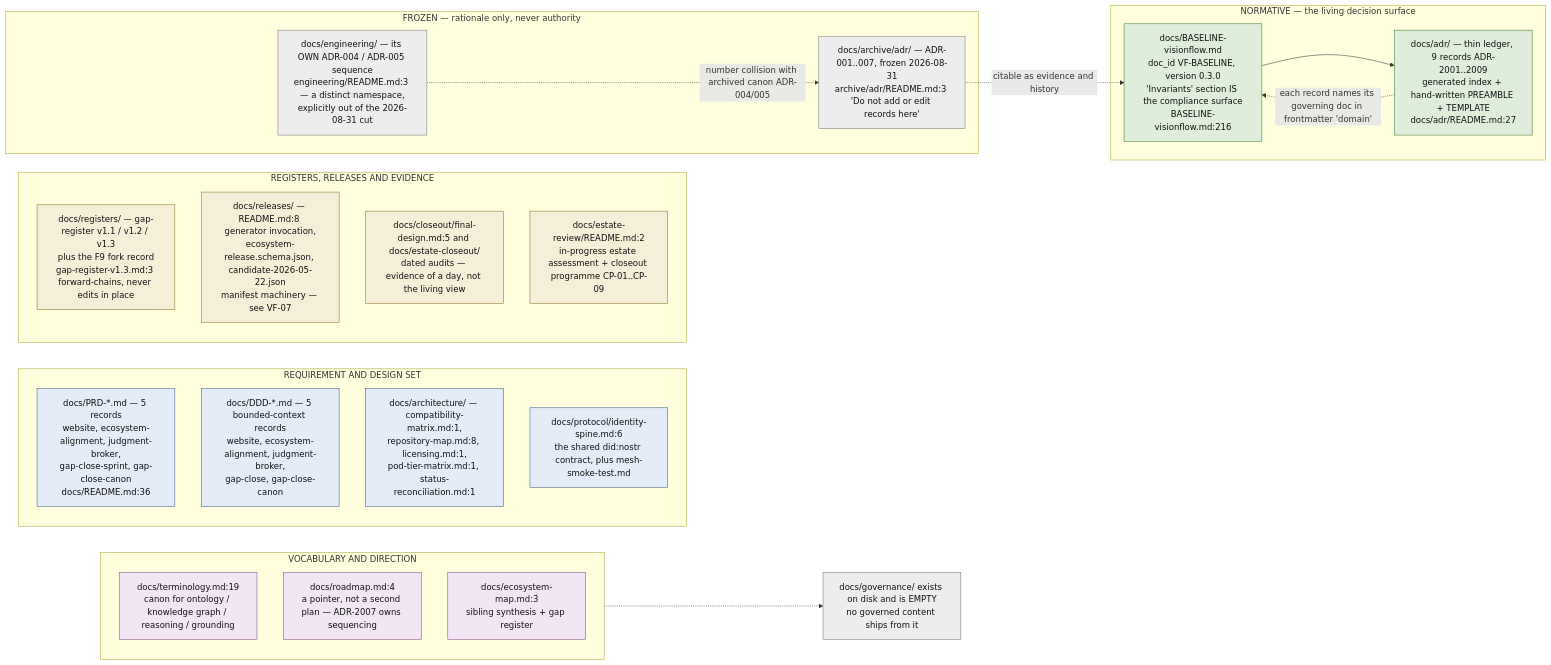
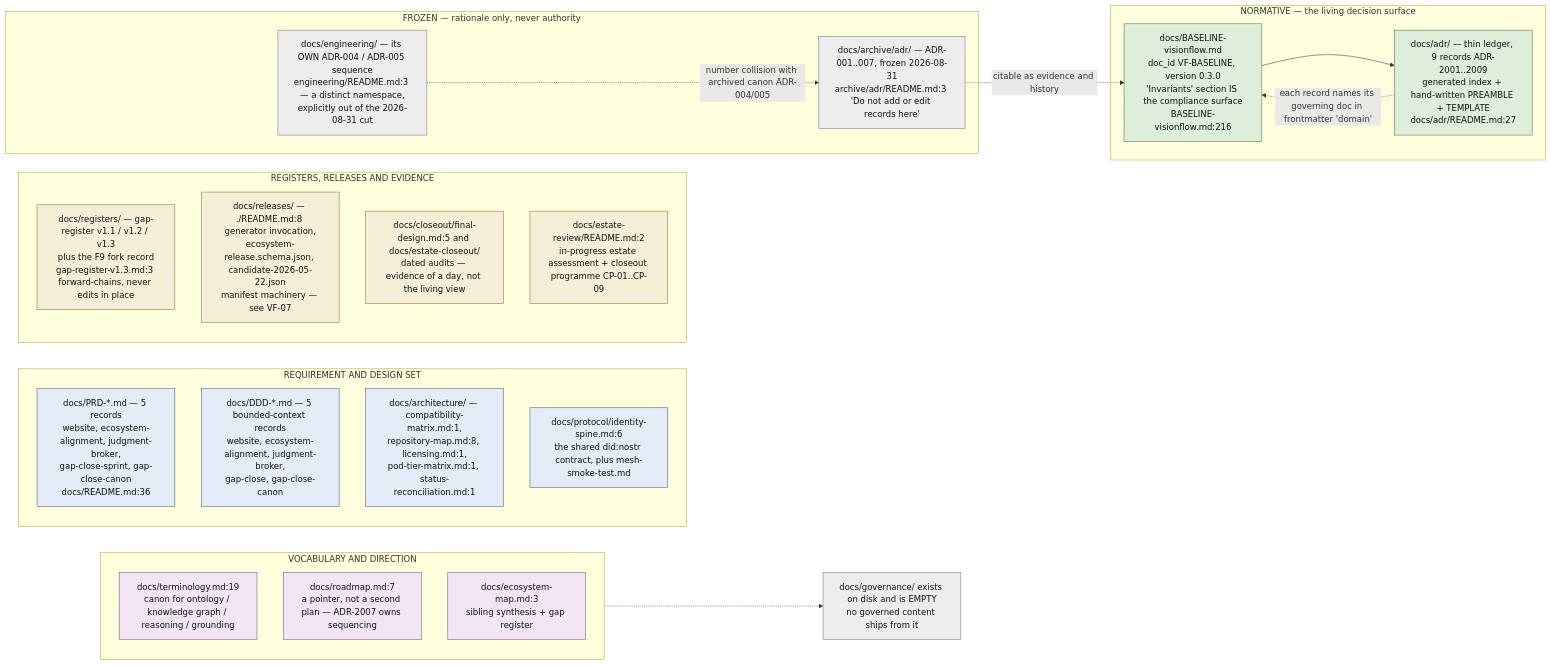
Before and after one commit to DreamLab-AI/VisionFlow: the second of 12 diagrams in docs/diagrams/visionflow/01-repo-composition-and-canon.md, drawn with Mermaid. The commit also changed other lines of this file and 185 other files, not shown here.

Commit message:
docs(estate): reconcile diagrams and ADRs with source and define closeout sprint

````diff
--- a/docs/diagrams/visionflow/01-repo-composition-and-canon.md
+++ b/docs/diagrams/visionflow/01-repo-composition-and-canon.md
@@ -78,45 +78,45 @@
 ```mermaid
 flowchart LR
     classDef norm fill:#dfeeda,stroke:#3f7a2f,color:#111
     classDef spec fill:#e4ecf8,stroke:#3a5a8a,color:#111
     classDef reg fill:#f6efd8,stroke:#8a7020,color:#111
     classDef frozen fill:#ededed,stroke:#777,color:#111
     classDef other fill:#f2e6f5,stroke:#7a4a8a,color:#111
 
     subgraph LIVING["NORMATIVE — the living decision surface"]
         BASE["docs/BASELINE-visionflow.md<br/>doc_id VF-BASELINE, version 0.3.0<br/>'Invariants' section IS the compliance surface<br/>BASELINE-visionflow.md:216"]:::norm
         LED["docs/adr/ — thin ledger, 9 records ADR-2001..2009<br/>generated index + hand-written PREAMBLE + TEMPLATE<br/>docs/adr/README.md:27"]:::norm
     end
 
     subgraph SPECS["REQUIREMENT AND DESIGN SET"]
         PRD["docs/PRD-*.md — 5 records<br/>website, ecosystem-alignment, judgment-broker,<br/>gap-close-sprint, gap-close-canon<br/>docs/README.md:36"]:::spec
         DDD["docs/DDD-*.md — 5 bounded-context records<br/>website, ecosystem-alignment, judgment-broker,<br/>gap-close, gap-close-canon"]:::spec
         ARCH["docs/architecture/ — compatibility-matrix.md:1,<br/>repository-map.md:8, licensing.md:1,<br/>pod-tier-matrix.md:1, status-reconciliation.md:1"]:::spec
         PROTO["docs/protocol/identity-spine.md:6<br/>the shared did:nostr contract, plus mesh-smoke-test.md"]:::spec
     end
 
     subgraph EVID["REGISTERS, RELEASES AND EVIDENCE"]
         REG["docs/registers/ — gap-register v1.1 / v1.2 / v1.3<br/>plus the F9 fork record<br/>gap-register-v1.3.md:3 forward-chains, never edits in place"]:::reg
-        REL["docs/releases/ — README.md:8 generator invocation,<br/>ecosystem-release.schema.json, candidate-2026-05-22.json<br/>manifest machinery — see VF-07"]:::reg
+        REL["docs/releases/ — ./README.md:8 generator invocation,<br/>ecosystem-release.schema.json, candidate-2026-05-22.json<br/>manifest machinery — see VF-07"]:::reg
         CLOSE["docs/closeout/final-design.md:5 and docs/estate-closeout/<br/>dated audits — evidence of a day, not the living view"]:::reg
         REVIEW["docs/estate-review/README.md:2<br/>in-progress estate assessment + closeout programme CP-01..CP-09"]:::reg
     end
 
     subgraph WORDS["VOCABULARY AND DIRECTION"]
         TERM["docs/terminology.md:19<br/>canon for ontology / knowledge graph / reasoning / grounding"]:::other
-        ROAD["docs/roadmap.md:4<br/>a pointer, not a second plan — ADR-2007 owns sequencing"]:::other
+        ROAD["docs/roadmap.md:7<br/>a pointer, not a second plan — ADR-2007 owns sequencing"]:::other
         MAP["docs/ecosystem-map.md:3<br/>sibling synthesis + gap register"]:::other
     end
 
     subgraph FROZEN["FROZEN — rationale only, never authority"]
         ARCHV["docs/archive/adr/ — ADR-001..007, frozen 2026-08-31<br/>archive/adr/README.md:3 'Do not add or edit records here'"]:::frozen
         ENG["docs/engineering/ — its OWN ADR-004 / ADR-005 sequence<br/>engineering/README.md:3 — a distinct namespace,<br/>explicitly out of the 2026-08-31 cut"]:::frozen
     end
 
     BASE --> LED
     LED -.->|"each record names its governing doc in frontmatter 'domain'"| BASE
     ARCHV -.->|"citable as evidence and history"| BASE
     ENG -.->|"number collision with archived canon ADR-004/005"| ARCHV
     EMPTY["docs/governance/ exists on disk and is EMPTY<br/>no governed content ships from it"]:::frozen
     WORDS -.-> EMPTY
 ```
````
